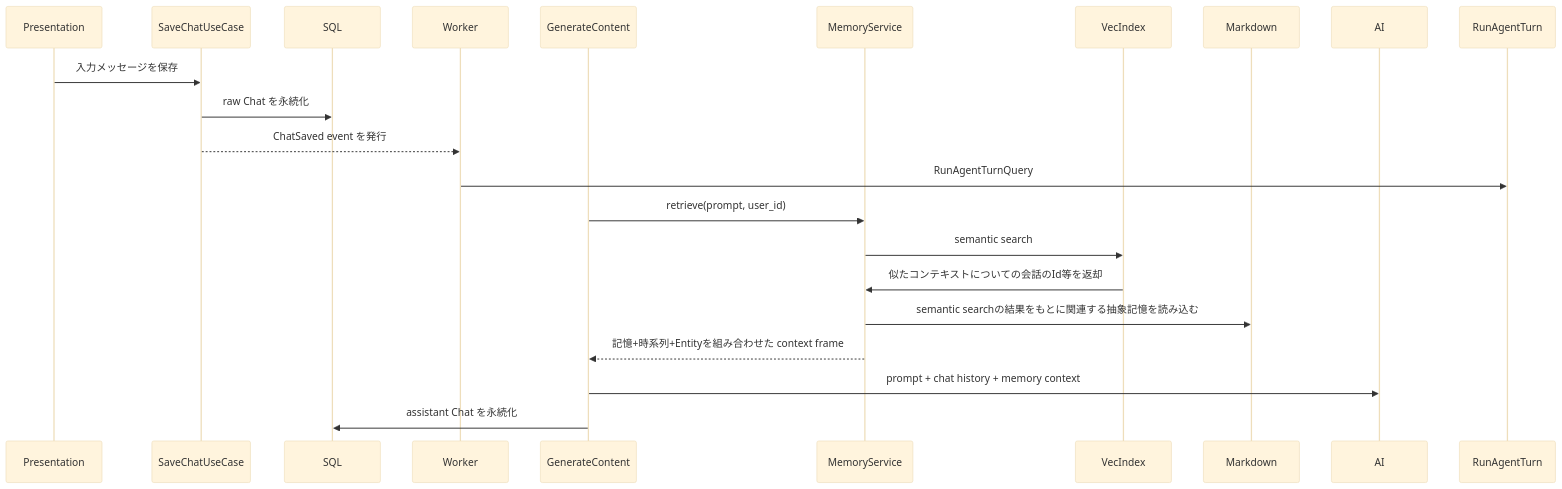
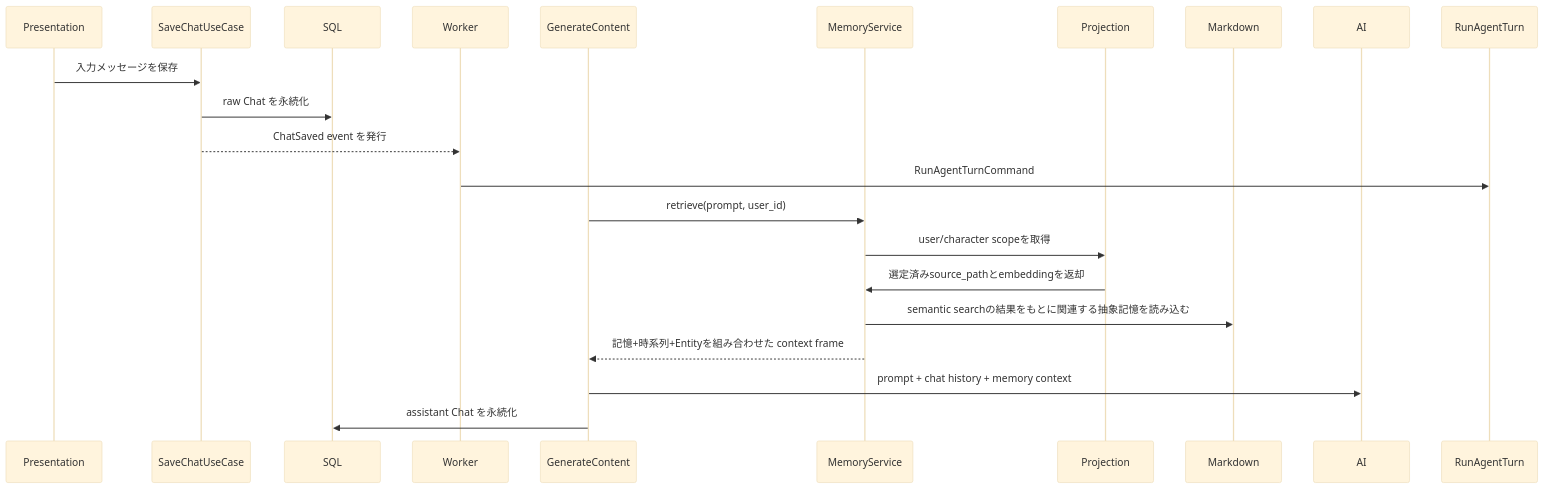
The first of 2 diagrams in docs/infrastructure/long-term-memory-target-architecture.md (aiagate/agentic-chat-foundation), drawn with Mermaid (base theme) before and after one commit. The commit also changed other lines of this file and 173 other files, not shown here.

````diff
--- a/docs/infrastructure/long-term-memory-target-architecture.md
+++ b/docs/infrastructure/long-term-memory-target-architecture.md
@@ -128,24 +128,24 @@
 ```mermaid
 sequenceDiagram
     participant Presentation
     participant SaveChatUseCase
     participant SQL
     participant Worker
     participant GenerateContent
     participant MemoryService
-    participant VecIndex
+    participant Projection
     participant Markdown
     participant AI
 
     Presentation->>SaveChatUseCase: 入力メッセージを保存
     SaveChatUseCase->>SQL: raw Chat を永続化
     SaveChatUseCase-->>Worker: ChatSaved event を発行
-    Worker->>RunAgentTurn: RunAgentTurnQuery
+    Worker->>RunAgentTurn: RunAgentTurnCommand
     GenerateContent->>MemoryService: retrieve(prompt, user_id)
-    MemoryService->>VecIndex: semantic search
-    VecIndex->>MemoryService: 似たコンテキストについての会話のId等を返却
+    MemoryService->>Projection: user/character scopeを取得
+    Projection->>MemoryService: 選定済みsource_pathとembeddingを返却
     MemoryService->>Markdown: semantic searchの結果をもとに関連する抽象記憶を読み込む
     MemoryService-->>GenerateContent: 記憶+時系列+Entityを組み合わせた context frame
     GenerateContent->>AI: prompt + chat history + memory context
     GenerateContent->>SQL: assistant Chat を永続化
 ```
````
